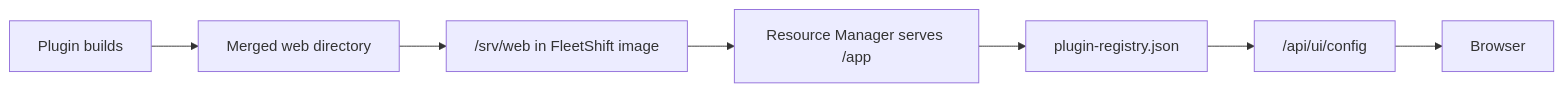
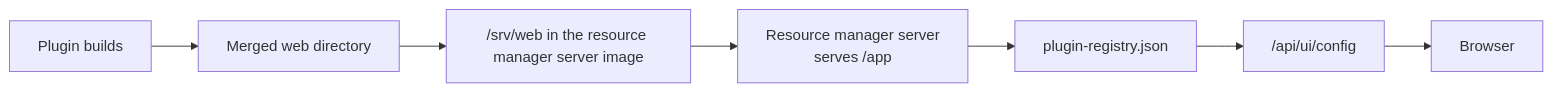
The first of 4 diagrams in docs/design/client-asset-separation.md (fleetshift/fleetshift-poc), drawn with Mermaid before and after one commit. The commit also changed other lines of this file and 1079 other files, not shown here.

````diff
--- a/docs/design/client-asset-separation.md
+++ b/docs/design/client-asset-separation.md
@@ -34,9 +34,9 @@
 ```mermaid
 flowchart LR
     Build[Plugin builds] --> Merge[Merged web directory]
-    Merge --> Image["/srv/web in FleetShift image"]
-    Image --> RM["Resource Manager serves /app"]
+    Merge --> Image["/srv/web in the resource manager server image"]
+    Image --> RM["Resource manager server<br/>serves /app"]
     RM --> Registry["plugin-registry.json"]
     Registry --> Config["/api/ui/config"]
     Config --> Browser[Browser]
 ```
````
